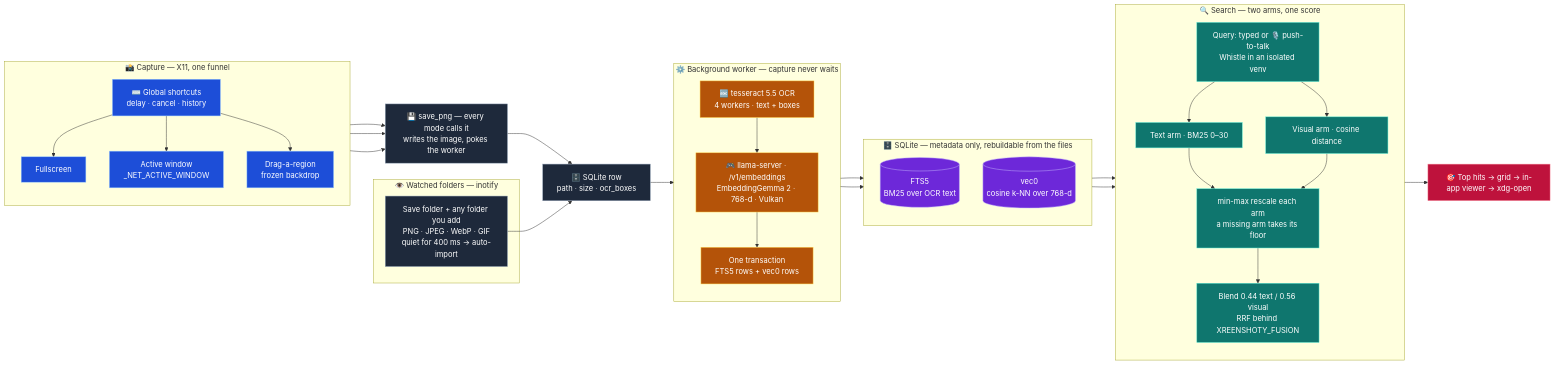
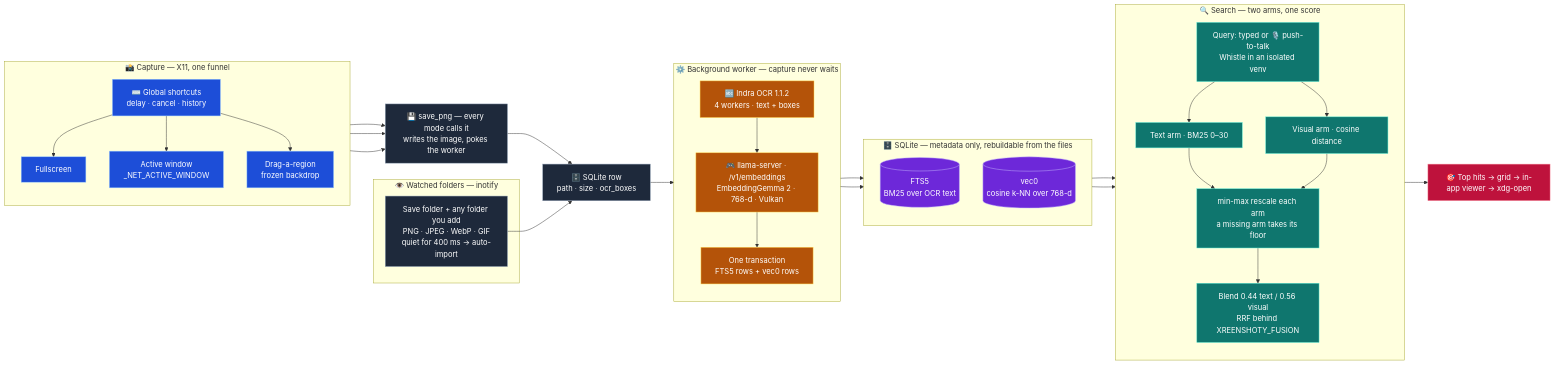
Before and after one commit to Xeven777/xreenshoty: the diagram in README.md, drawn with Mermaid. The commit also changed other lines of this file and 26 other files, not shown here.

````diff
--- a/README.md
+++ b/README.md
@@ -77,77 +77,77 @@
 ```mermaid
 flowchart LR
     classDef capture fill:#1d4ed8,stroke:#93c5fd,color:#fff
     classDef pipe fill:#b45309,stroke:#fcd34d,color:#fff
     classDef store fill:#6d28d9,stroke:#c4b5fd,color:#fff
     classDef search fill:#0f766e,stroke:#5eead4,color:#fff
     classDef plain fill:#1e293b,stroke:#94a3b8,color:#fff
     classDef out fill:#be123c,stroke:#fda4af,color:#fff
 
     subgraph CAP["📸 Capture — X11, one funnel"]
         direction TB
         KS["⌨️ Global shortcuts<br/>delay · cancel · history"]
         FS["Fullscreen"]
         WIN["Active window<br/>_NET_ACTIVE_WINDOW"]
         REG["Drag-a-region<br/>frozen backdrop"]
         KS --> FS
         KS --> WIN
         KS --> REG
     end
 
     subgraph WATCH["👁️ Watched folders — inotify"]
         DIRS["Save folder + any folder you add<br/>PNG · JPEG · WebP · GIF<br/>quiet for 400 ms → auto-import"]
     end
 
     SAVE["💾 save_png — every mode calls it<br/>writes the image, pokes the worker"]
     ROW["🗄️ SQLite row<br/>path · size · ocr_boxes"]
 
     FS --> SAVE
     WIN --> SAVE
     REG --> SAVE
     SAVE --> ROW
     DIRS --> ROW
 
     subgraph BG["⚙️ Background worker — capture never waits"]
         direction TB
-        OCR["🔤 tesseract 5.5 OCR<br/>4 workers · text + boxes"]
+        OCR["🔤 Indra OCR 1.1.2<br/>4 workers · text + boxes"]
         EMB["🎮 llama-server · /v1/embeddings<br/>EmbeddingGemma 2 · 768-d · Vulkan"]
         TX["One transaction<br/>FTS5 rows + vec0 rows"]
         OCR --> EMB --> TX
     end
 
     ROW --> OCR
 
     subgraph DB["🗄️ SQLite — metadata only, rebuildable from the files"]
         direction TB
         FTS[("FTS5<br/>BM25 over OCR text")]
         VEC[("vec0<br/>cosine k-NN over 768-d")]
     end
 
     TX --> FTS
     TX --> VEC
 
     subgraph SEARCH["🔍 Search — two arms, one score"]
         direction TB
         Q["Query: typed or 🎙️ push-to-talk<br/>Whistle in an isolated venv"]
         A1["Text arm · BM25 0–30"]
         A2["Visual arm · cosine distance"]
         NM["min-max rescale each arm<br/>a missing arm takes its floor"]
         BL["Blend 0.44 text / 0.56 visual<br/>RRF behind XREENSHOTY_FUSION"]
         Q --> A1
         Q --> A2
         A1 --> NM
         A2 --> NM
         NM --> BL
     end
 
     FTS --> A1
     VEC --> A2
     BL --> OUT["🎯 Top hits → grid → in-app viewer → xdg-open"]
 
     class KS,FS,WIN,REG capture
     class SAVE,ROW,DIRS plain
     class OCR,EMB,TX pipe
     class FTS,VEC store
     class Q,A1,A2,NM,BL search
     class OUT out
 ```
````
